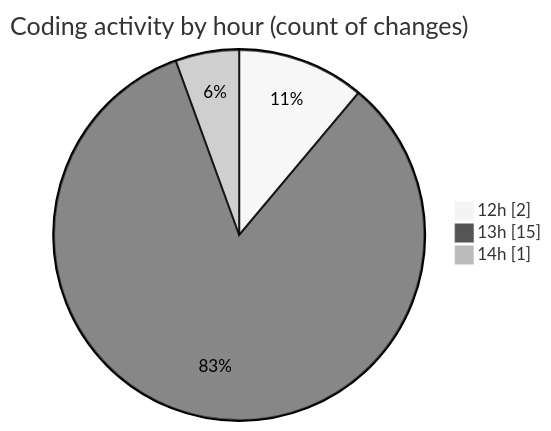
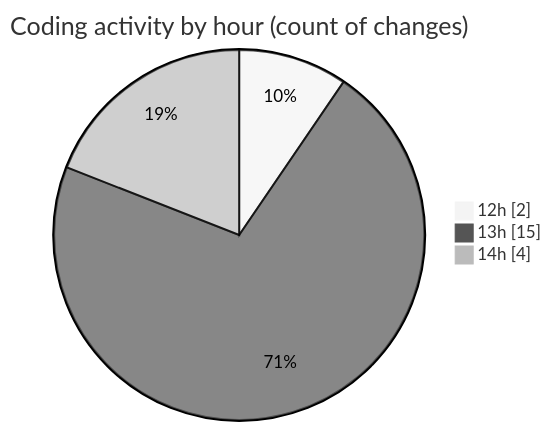
The second of 2 diagrams in 2025-11-13/futsal-recommender/README.md (idhammustaqopulfikri/code-tracking), drawn with Mermaid (neutral theme) before and after one commit. The commit also changed other lines of this file and 1 other file, not shown here.

````diff
--- a/2025-11-13/futsal-recommender/README.md
+++ b/2025-11-13/futsal-recommender/README.md
@@ -34,7 +35,7 @@
 ```mermaid
 pie showData
 title Coding activity by hour (count of changes)
 "12h" : 2
 "13h" : 15
-"14h" : 1
+"14h" : 4
 ```
````
